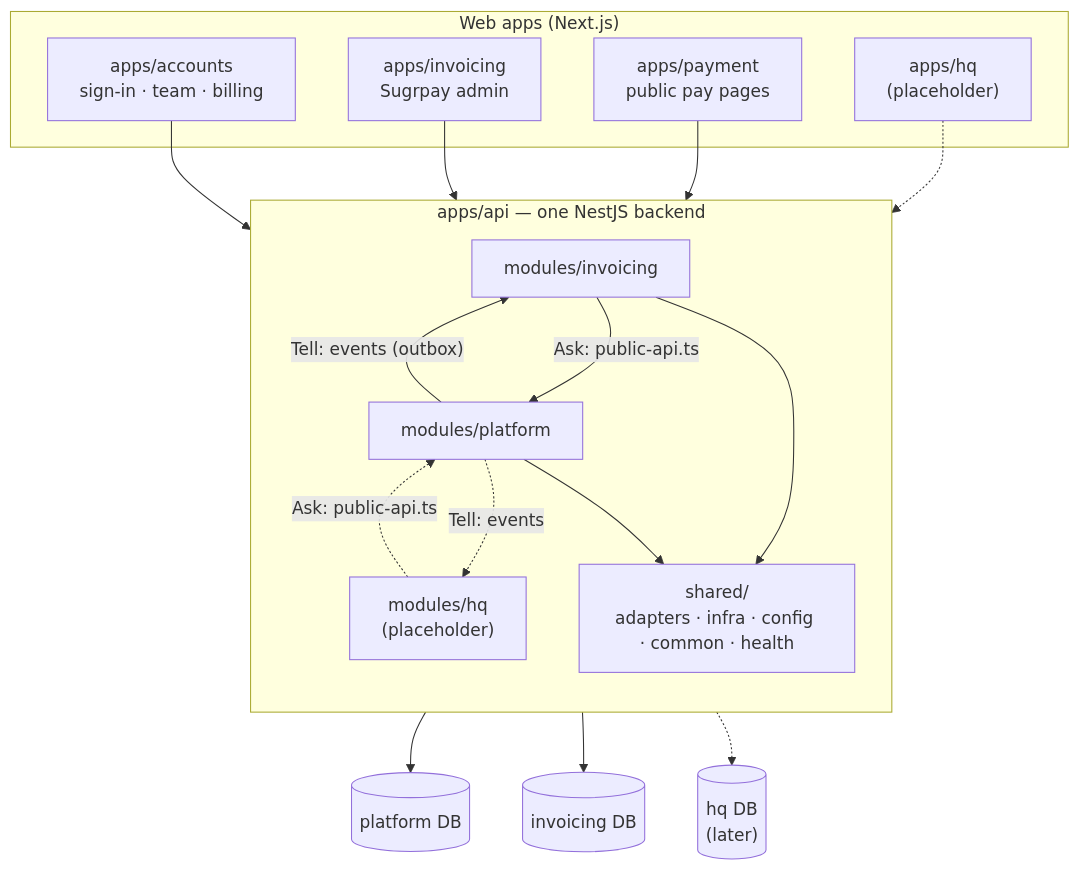
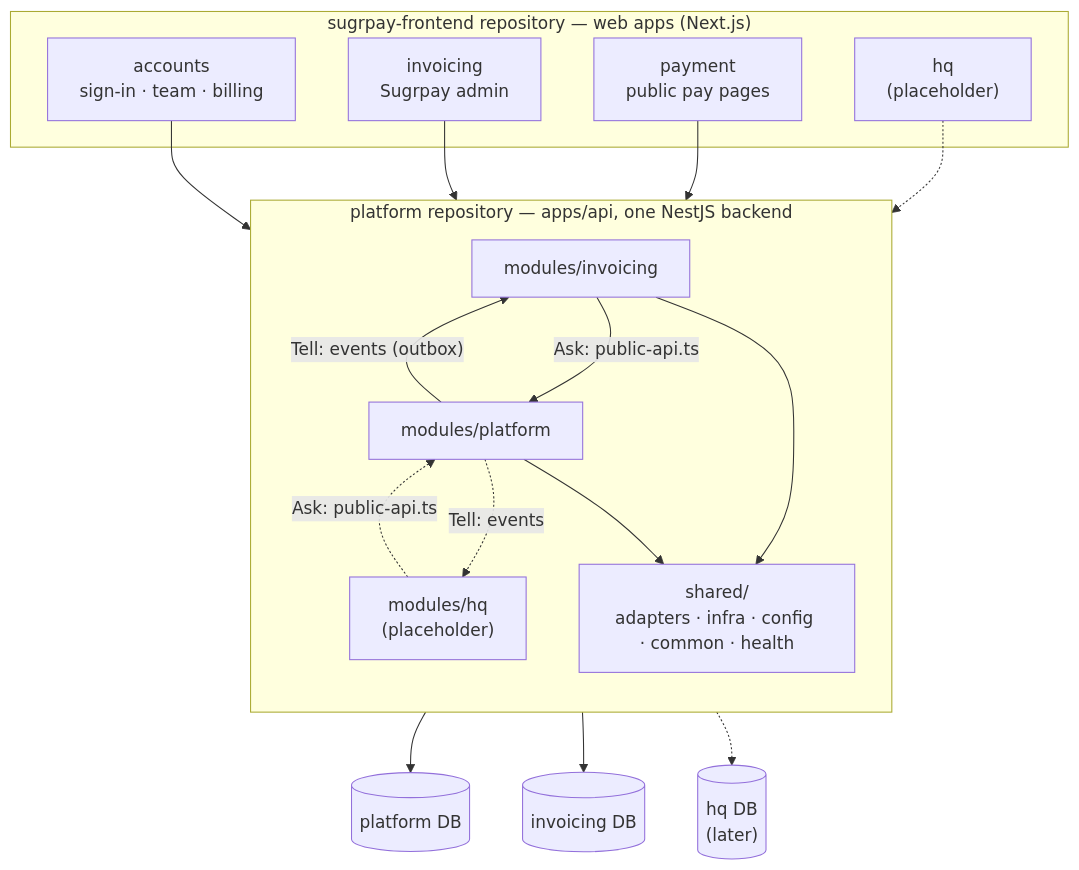
Before and after one commit to primeshelfspace/platform: the diagram in docs/architecture/README.md, drawn with Mermaid. The commit also changed other lines of this file and 233 other files, not shown here.

First line of the commit message:
Make platform the backend only

````diff
--- a/docs/architecture/README.md
+++ b/docs/architecture/README.md
@@ -13,35 +20,35 @@
 ```mermaid
 flowchart TB
-  subgraph web["Web apps (Next.js)"]
-    ACC_APP["apps/accounts<br/>sign-in · team · billing"]
-    INV_APP["apps/invoicing<br/>Sugrpay admin"]
-    PAY_APP["apps/payment<br/>public pay pages"]
-    HQ_APP["apps/hq<br/>(placeholder)"]
+  subgraph web["sugrpay-frontend repository — web apps (Next.js)"]
+    ACC_APP["accounts<br/>sign-in · team · billing"]
+    INV_APP["invoicing<br/>Sugrpay admin"]
+    PAY_APP["payment<br/>public pay pages"]
+    HQ_APP["hq<br/>(placeholder)"]
   end
 
-  subgraph api["apps/api — one NestJS backend"]
+  subgraph api["platform repository — apps/api, one NestJS backend"]
     direction TB
     INV["modules/invoicing"]
     HQ["modules/hq<br/>(placeholder)"]
     PLAT["modules/platform"]
     SHARED["shared/<br/>adapters · infra · config · common · health"]
     INV -- "Ask: public-api.ts" --> PLAT
     HQ -. "Ask: public-api.ts" .-> PLAT
     PLAT -- "Tell: events (outbox)" --> INV
     PLAT -. "Tell: events" .-> HQ
     INV --> SHARED
     PLAT --> SHARED
   end
 
   PDB[("platform DB")]
   IDB[("invoicing DB")]
   HDB[("hq DB<br/>(later)")]
 
   ACC_APP --> api
   INV_APP --> api
   PAY_APP --> api
   HQ_APP -.-> api
   PLAT --> PDB
   INV --> IDB
   HQ -.-> HDB
 ```
````
